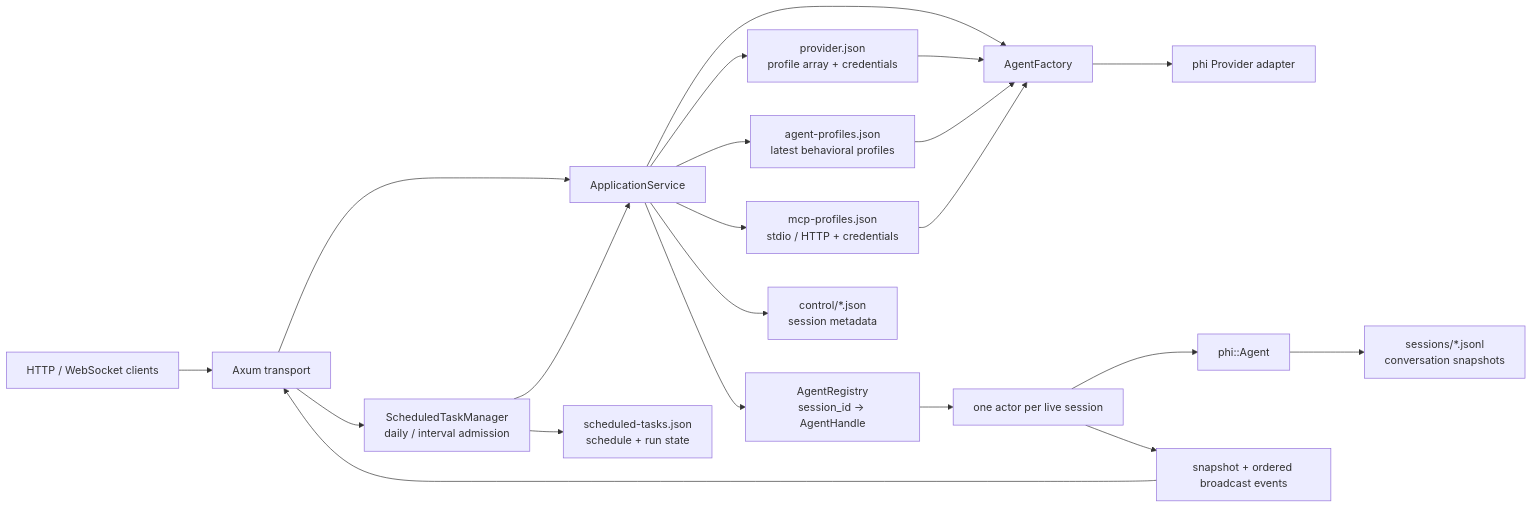
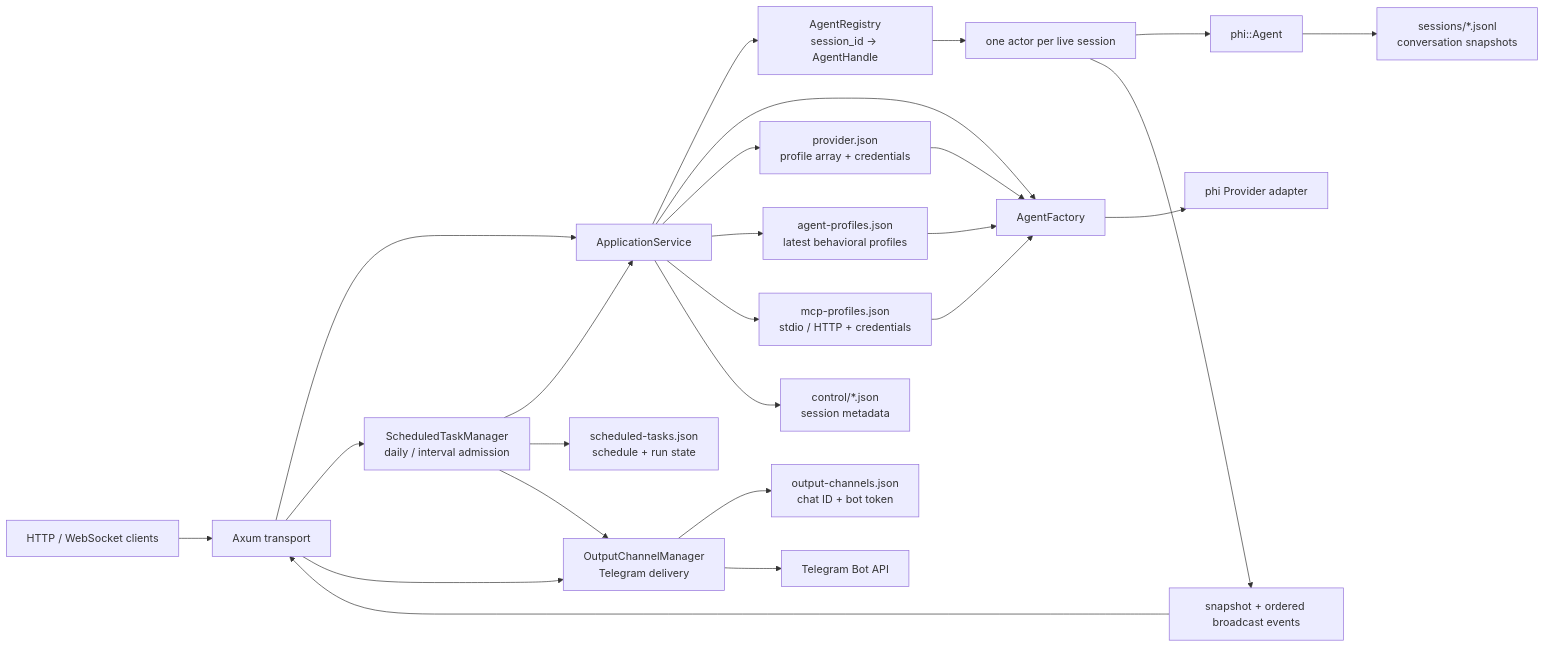
Before and after one commit to yearsyan/phi: the diagram in crates/phi-daemon/README.md, drawn with Mermaid. The commit also changed other lines of this file and 33 other files, not shown here.

````diff
--- a/crates/phi-daemon/README.md
+++ b/crates/phi-daemon/README.md
@@ -17,23 +18,27 @@
 ```mermaid
 flowchart LR
     Client["HTTP / WebSocket clients"] --> Axum["Axum transport"]
     Axum --> Service["ApplicationService"]
     Service --> Registry["AgentRegistry<br/>session_id -> AgentHandle"]
     Service --> Factory["AgentFactory"]
     Service --> ProviderProfiles["provider.json<br/>profile array + credentials"]
     ProviderProfiles --> Factory
     Service --> AgentProfiles["agent-profiles.json<br/>latest behavioral profiles"]
     AgentProfiles --> Factory
     Service --> McpProfiles["mcp-profiles.json<br/>stdio / HTTP + credentials"]
     McpProfiles --> Factory
     Axum --> Scheduler["ScheduledTaskManager<br/>daily / interval admission"]
     Scheduler --> Service
     Scheduler --> ScheduledStore["scheduled-tasks.json<br/>schedule + run state"]
+    Scheduler --> OutputChannels["OutputChannelManager<br/>Telegram delivery"]
+    Axum --> OutputChannels
+    OutputChannels --> OutputStore["output-channels.json<br/>chat ID + bot token"]
+    OutputChannels --> Telegram["Telegram Bot API"]
     Factory --> Provider["phi Provider adapter"]
     Registry --> Actor["one actor per live session"]
     Actor --> Agent["phi::Agent"]
     Actor --> Hub["snapshot + ordered broadcast events"]
     Hub --> Axum
     Service --> Metadata["control/*.json<br/>session metadata"]
     Agent --> Transcript["sessions/*.jsonl<br/>conversation snapshots"]
 ```
````
